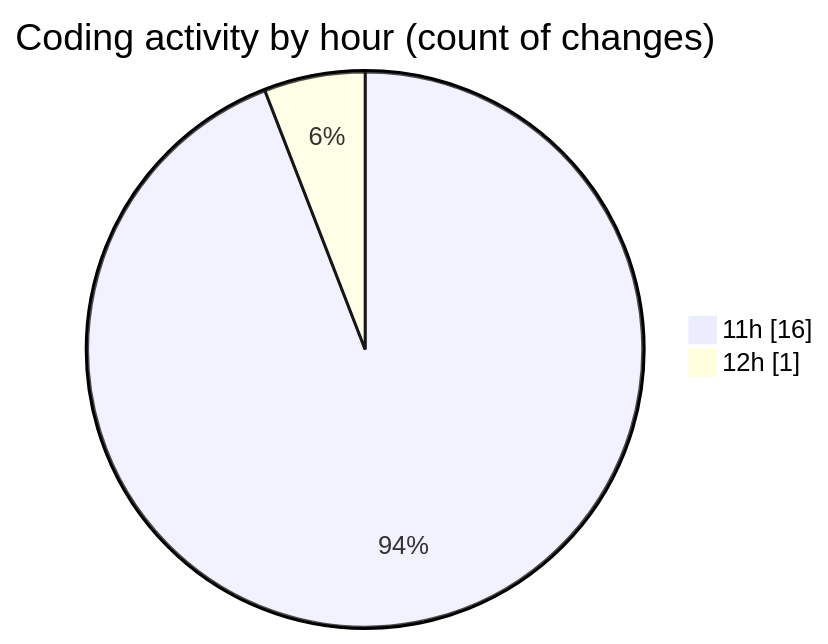
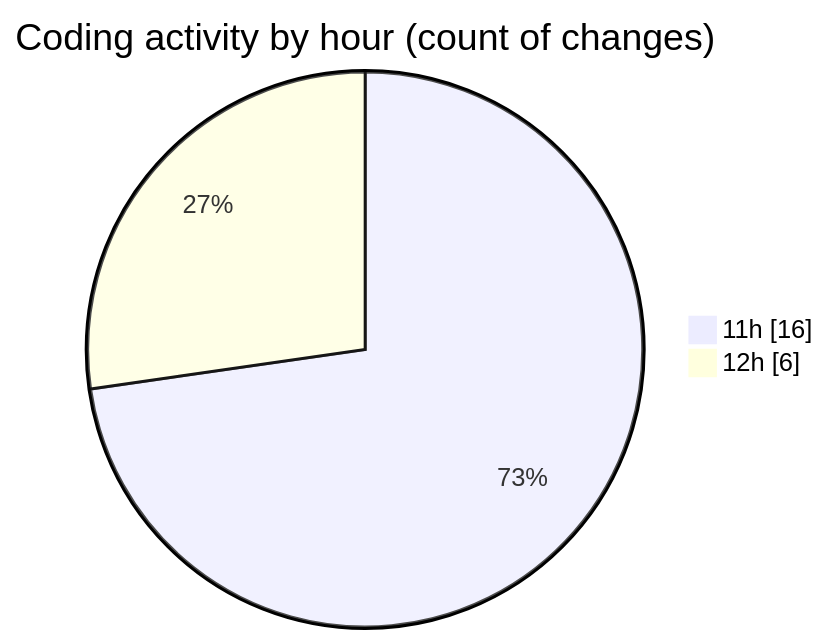
The second of 2 diagrams in 2025-03-25/wordle/README.md (donsfak/code-tracking), drawn with Mermaid before and after one commit. The commit also changed other lines of this file and 1 other file, not shown here.

````diff
--- a/2025-03-25/wordle/README.md
+++ b/2025-03-25/wordle/README.md
@@ -31,6 +31,6 @@
 ```mermaid
 pie showData
 title Coding activity by hour (count of changes)
 "11h" : 16
-"12h" : 1
+"12h" : 6
 ```
````
